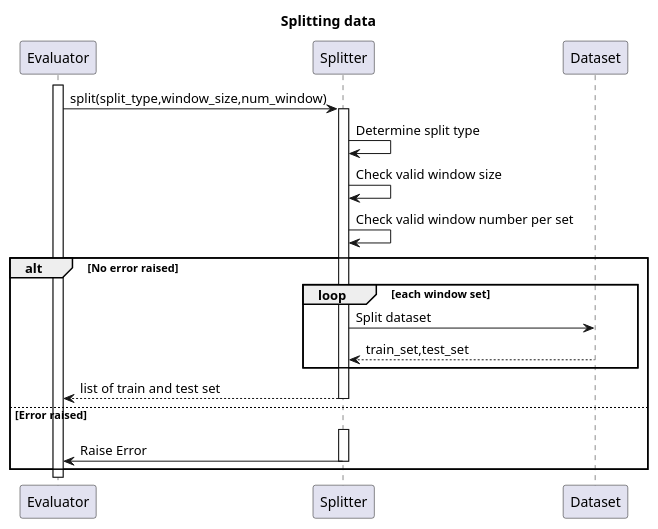
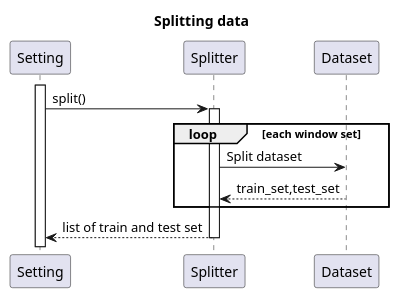
Before and after one commit to HiIAmTzeKean/Streamsight: the second of 3 diagrams in docs/architecture_draft.md, drawn with PlantUML. The commit also changed other lines of this file and 2 other files, not shown here.

````diff
--- a/docs/architecture_draft.md
+++ b/docs/architecture_draft.md
@@ -114,25 +143,15 @@
 ```plantuml
-@startuml Splitting data
+@startuml Splitting in a sliding window setting
 title Splitting data
-activate Evaluator
-Evaluator -> Splitter ++ : split(split_type,window_size,num_window)
-Splitter -> Splitter : Determine split type
-Splitter -> Splitter : Check valid window size
-Splitter -> Splitter : Check valid window number per set
+activate Setting
+Setting -> Splitter ++ : split()
 
-alt No error raised
-    loop each window set
-        Splitter -> Dataset : Split dataset
-        Dataset --> Splitter : train_set,test_set
-    end
+loop each window set
+    Splitter -> Dataset : Split dataset
+    Dataset --> Splitter : train_set,test_set
+end
 
-    Splitter -->Evaluator --: list of train and test set
-    
-else Error raised
-    Splitter -[hidden]> Dataset
-    activate Splitter
-    Splitter -> Evaluator --: Raise Error 
-end
+Splitter -->Setting --: list of train and test set
 
 @enduml
 ```
````
